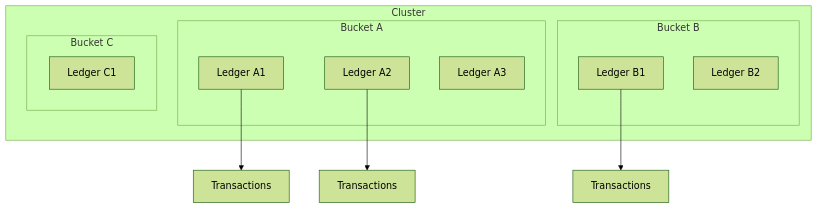
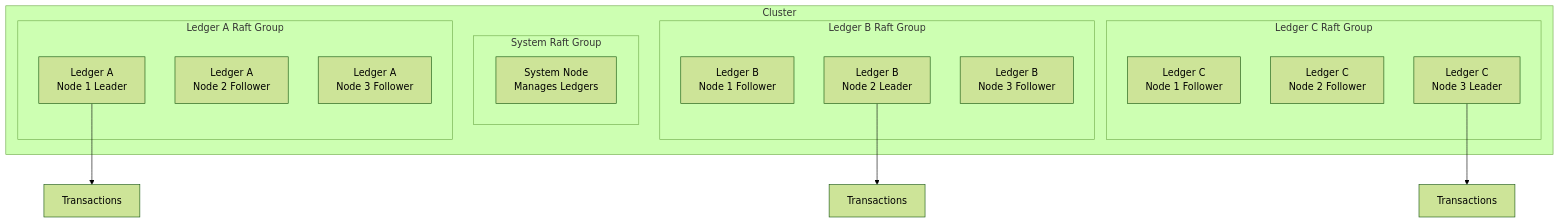
One commit to formancehq/ledger changed the first of 3 diagrams in docs/buckets-ledgers.md. Above: the diagram before and after it, drawn with Mermaid (forest theme). The commit also changed other lines of this file and 123 other files, not shown here.

````diff
--- a/docs/buckets-ledgers.md
+++ b/docs/buckets-ledgers.md
@@ -9,23 +9,30 @@
 ```mermaid
 graph TB
     subgraph "Cluster"
-        subgraph "Bucket A"
-            LA1[Ledger A1]
-            LA2[Ledger A2]
-            LA3[Ledger A3]
+        subgraph "System Raft Group"
+            SystemNode[System Node<br/>Manages Ledgers]
         end
         
-        subgraph "Bucket B"
-            LB1[Ledger B1]
-            LB2[Ledger B2]
+        subgraph "Ledger A Raft Group"
+            LA1[Ledger A<br/>Node 1 Leader]
+            LA2[Ledger A<br/>Node 2 Follower]
+            LA3[Ledger A<br/>Node 3 Follower]
         end
         
-        subgraph "Bucket C"
-            LC1[Ledger C1]
+        subgraph "Ledger B Raft Group"
+            LB1[Ledger B<br/>Node 1 Follower]
+            LB2[Ledger B<br/>Node 2 Leader]
+            LB3[Ledger B<br/>Node 3 Follower]
+        end
+        
+        subgraph "Ledger C Raft Group"
+            LC1[Ledger C<br/>Node 1 Follower]
+            LC2[Ledger C<br/>Node 2 Follower]
+            LC3[Ledger C<br/>Node 3 Leader]
         end
     end
     
     LA1 --> TA1[Transactions]
-    LA2 --> TA2[Transactions]
-    LB1 --> TB1[Transactions]
+    LB2 --> TB1[Transactions]
+    LC3 --> TC1[Transactions]
 ```
````
